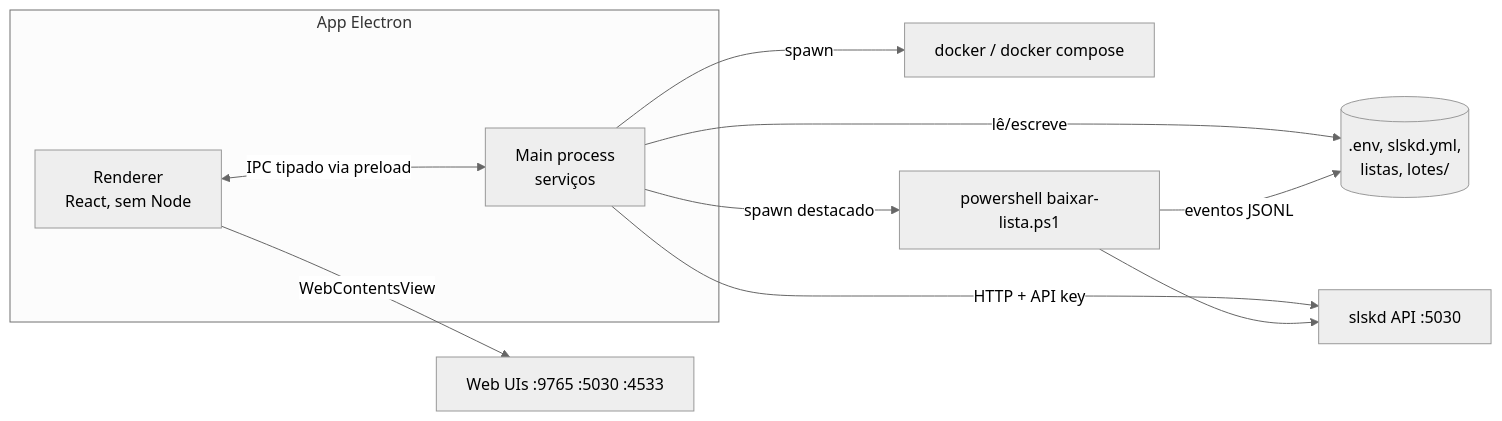
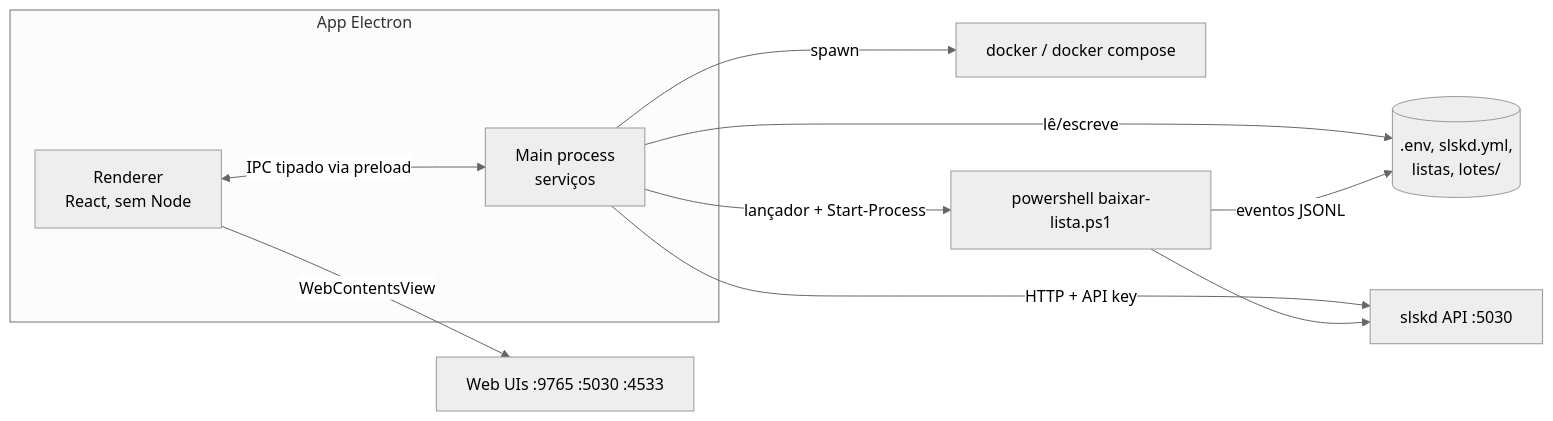
Before and after one commit to BeLencastre/soulcrate: the diagram in docs/interface-electron.md, drawn with Mermaid (neutral theme). The commit also changed other lines of this file and 1 other file, not shown here.

````diff
--- a/docs/interface-electron.md
+++ b/docs/interface-electron.md
@@ -91,13 +93,13 @@
 ```mermaid
 flowchart LR
     subgraph App Electron
       R[Renderer<br/>React, sem Node] <-->|IPC tipado via preload| M[Main process<br/>serviços]
     end
     M -->|spawn| D[docker / docker compose]
-    M -->|spawn destacado| P[powershell baixar-lista.ps1]
+    M -->|lançador + Start-Process| P[powershell baixar-lista.ps1]
     M -->|HTTP + API key| S[slskd API :5030]
     M -->|lê/escreve| F[(.env, slskd.yml,<br/>listas, lotes/)]
     P -->|eventos JSONL| F
     P --> S
     R -->|WebContentsView| W[Web UIs :9765 :5030 :4533]
 ```
````
